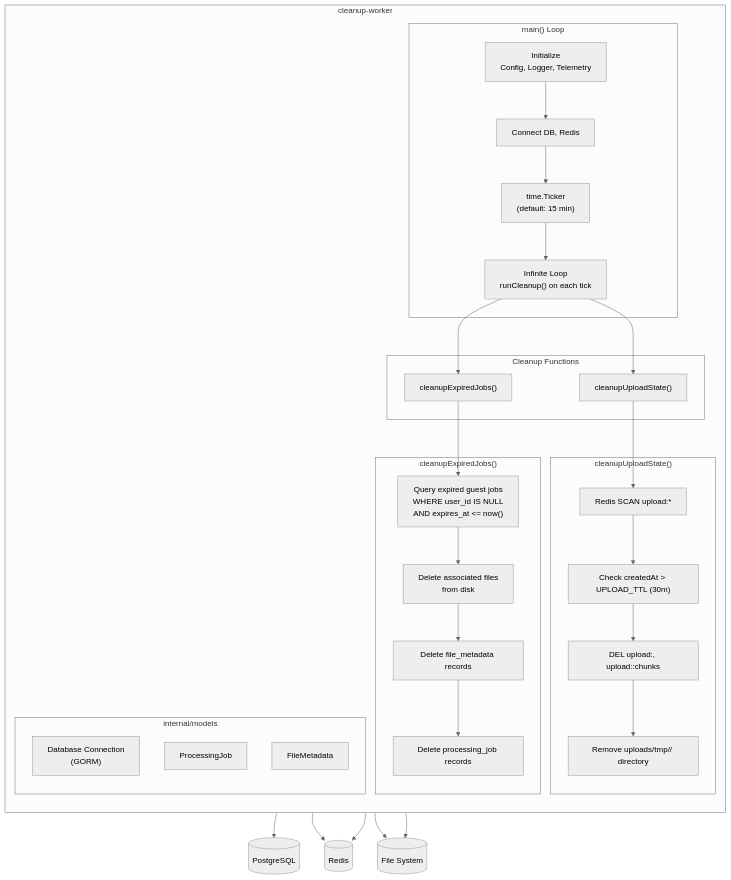
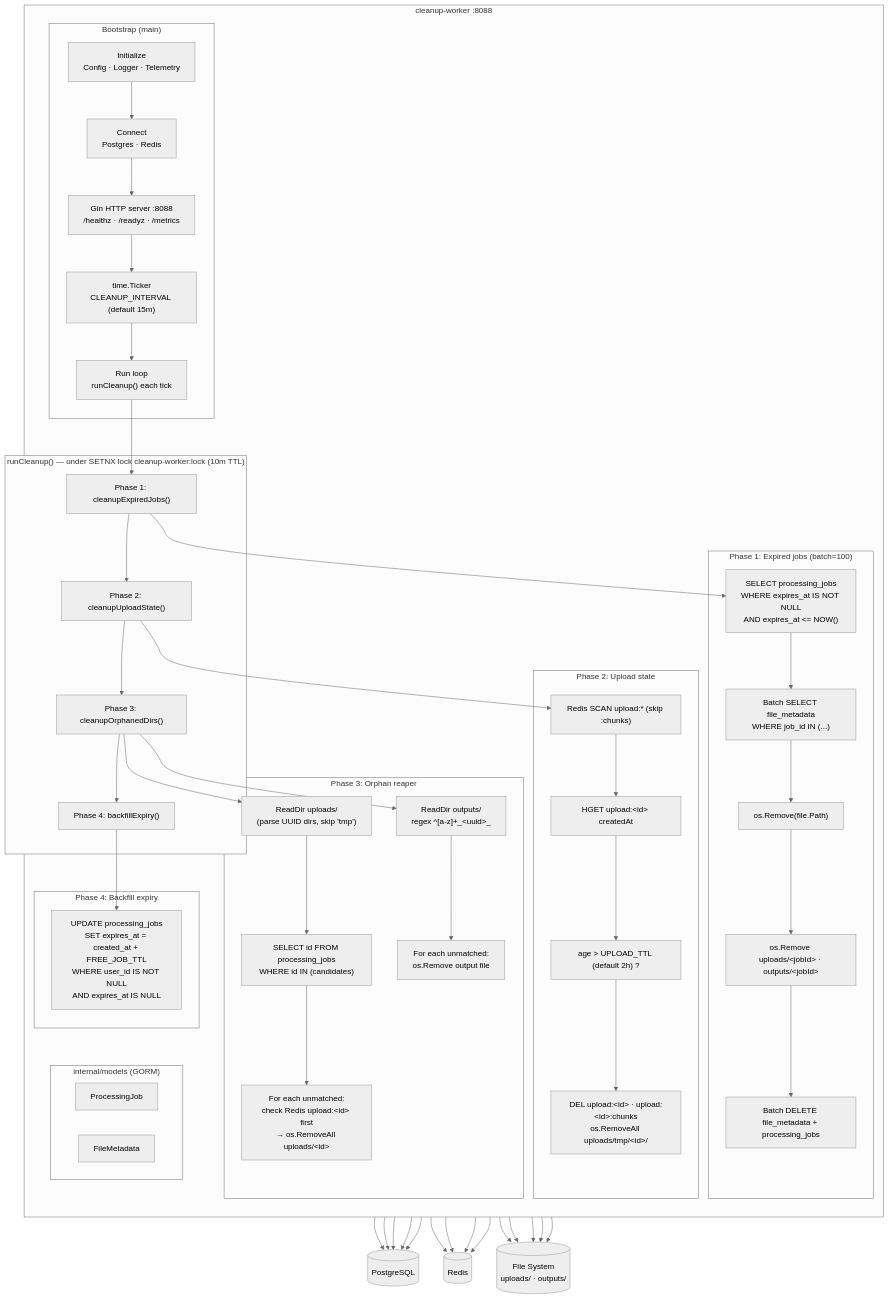
One commit to Prachidubey2003/fyredocs_backend changed the first of 4 diagrams in docs/developer/mermaid/service-cleanup-worker-architecture.md. Above: the diagram before and after it, drawn with Mermaid (neutral theme). The commit also changed other lines of this file and 39 other files, not shown here.

Commit message:
Refactor PDF services to use NATS JetStream for job dispatch and event publishing; enhance documentation for OPTIMIZE_PDF and ORGANIZE_PDF services; remove deprecated UPLOAD_SERVICE documentation; update OpenAPI spec for improved clarity and accuracy.

````diff
--- a/docs/developer/mermaid/service-cleanup-worker-architecture.md
+++ b/docs/developer/mermaid/service-cleanup-worker-architecture.md
@@ -7,51 +7,67 @@
 ```mermaid
 graph TB
-    subgraph cleanup-worker[" cleanup-worker "]
+    subgraph cleanup-worker[" cleanup-worker :8088 "]
         direction TB
 
-        subgraph Main["main() Loop"]
-            INIT["Initialize<br/>Config, Logger, Telemetry"]
-            CONNECT["Connect DB, Redis"]
-            TICKER["time.Ticker<br/>(default: 15 min)"]
-            LOOP["Infinite Loop<br/>runCleanup() on each tick"]
+        subgraph Bootstrap["Bootstrap (main)"]
+            INIT["Initialize<br/>Config · Logger · Telemetry"]
+            CONNECT["Connect<br/>Postgres · Redis"]
+            HTTP["Gin HTTP server :8088<br/>/healthz · /readyz · /metrics"]
+            TICKER["time.Ticker<br/>CLEANUP_INTERVAL (default 15m)"]
+            LOOP["Run loop<br/>runCleanup() each tick"]
         end
 
-        subgraph Cleanup["Cleanup Functions"]
-            EXPIRED["cleanupExpiredJobs()"]
-            UPLOAD["cleanupUploadState()"]
+        subgraph Cleanup["runCleanup() — under SETNX lock cleanup-worker:lock (10m TTL)"]
+            P1["Phase 1: cleanupExpiredJobs()"]
+            P2["Phase 2: cleanupUploadState()"]
+            P3["Phase 3: cleanupOrphanedDirs()"]
+            P4["Phase 4: backfillExpiry()"]
         end
 
-        subgraph ExpiredJobs["cleanupExpiredJobs()"]
-            QUERY["Query expired guest jobs<br/>WHERE user_id IS NULL<br/>AND expires_at <= now()"]
-            DELETE_FILES["Delete associated files<br/>from disk"]
-            DELETE_META["Delete file_metadata records"]
-            DELETE_JOB["Delete processing_job records"]
+        subgraph P1Detail["Phase 1: Expired jobs (batch=100)"]
+            P1A["SELECT processing_jobs<br/>WHERE expires_at IS NOT NULL<br/>AND expires_at <= NOW()"]
+            P1B["Batch SELECT file_metadata<br/>WHERE job_id IN (...)"]
+            P1C["os.Remove(file.Path)"]
+            P1D["os.Remove uploads/&lt;jobId&gt; · outputs/&lt;jobId&gt;"]
+            P1E["Batch DELETE file_metadata + processing_jobs"]
         end
 
-        subgraph UploadState["cleanupUploadState()"]
-            SCAN["Redis SCAN upload:*"]
-            CHECK_TTL["Check createdAt > UPLOAD_TTL (30m)"]
-            DELETE_REDIS["DEL upload:<id>, upload:<id>:chunks"]
-            DELETE_DIR["Remove uploads/tmp/<id>/ directory"]
+        subgraph P2Detail["Phase 2: Upload state"]
+            P2A["Redis SCAN upload:* (skip :chunks)"]
+            P2B["HGET upload:&lt;id&gt; createdAt"]
+            P2C["age > UPLOAD_TTL (default 2h) ?"]
+            P2D["DEL upload:&lt;id&gt; · upload:&lt;id&gt;:chunks<br/>os.RemoveAll uploads/tmp/&lt;id&gt;/"]
         end
 
-        subgraph Models["internal/models"]
-            DB_CONN["Database Connection<br/>(GORM)"]
-            JOB_MODEL["ProcessingJob"]
-            FILE_MODEL["FileMetadata"]
+        subgraph P3Detail["Phase 3: Orphan reaper"]
+            P3A["ReadDir uploads/<br/>(parse UUID dirs, skip 'tmp')"]
+            P3B["SELECT id FROM processing_jobs<br/>WHERE id IN (candidates)"]
+            P3C["For each unmatched:<br/>check Redis upload:&lt;id&gt; first<br/>→ os.RemoveAll uploads/&lt;id&gt;"]
+            P3D["ReadDir outputs/<br/>regex ^[a-z]+_&lt;uuid&gt;_"]
+            P3E["For each unmatched:<br/>os.Remove output file"]
+        end
+
+        subgraph P4Detail["Phase 4: Backfill expiry"]
+            P4A["UPDATE processing_jobs<br/>SET expires_at = created_at + FREE_JOB_TTL<br/>WHERE user_id IS NOT NULL<br/>AND expires_at IS NULL"]
+        end
+
+        subgraph Models["internal/models (GORM)"]
+            JM["ProcessingJob"]
+            FM["FileMetadata"]
         end
     end
 
-    INIT --> CONNECT --> TICKER --> LOOP
-    LOOP --> EXPIRED
-    LOOP --> UPLOAD
+    INIT --> CONNECT --> HTTP --> TICKER --> LOOP
+    LOOP --> P1 --> P2 --> P3 --> P4
 
-    EXPIRED --> QUERY --> DELETE_FILES --> DELETE_META --> DELETE_JOB
-    UPLOAD --> SCAN --> CHECK_TTL --> DELETE_REDIS --> DELETE_DIR
+    P1 --> P1A --> P1B --> P1C --> P1D --> P1E
+    P2 --> P2A --> P2B --> P2C --> P2D
+    P3 --> P3A --> P3B --> P3C
+    P3 --> P3D --> P3E
+    P4 --> P4A
 
-    DB_CONN --> PG[(PostgreSQL)]
-    SCAN --> Redis[(Redis)]
-    DELETE_REDIS --> Redis
-    DELETE_FILES --> Disk[(File System)]
-    DELETE_DIR --> Disk
+    P1A & P1B & P1E & P3B & P4A --> PG[(PostgreSQL)]
+    P2A & P2B & P2D --> RD[(Redis)]
+    P3C --> RD
+    P1C & P1D & P2D & P3C & P3E --> Disk[(File System<br/>uploads/ · outputs/)]
 ```
````
